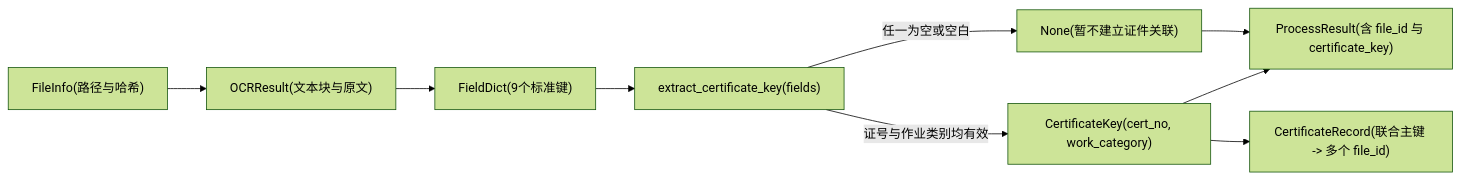
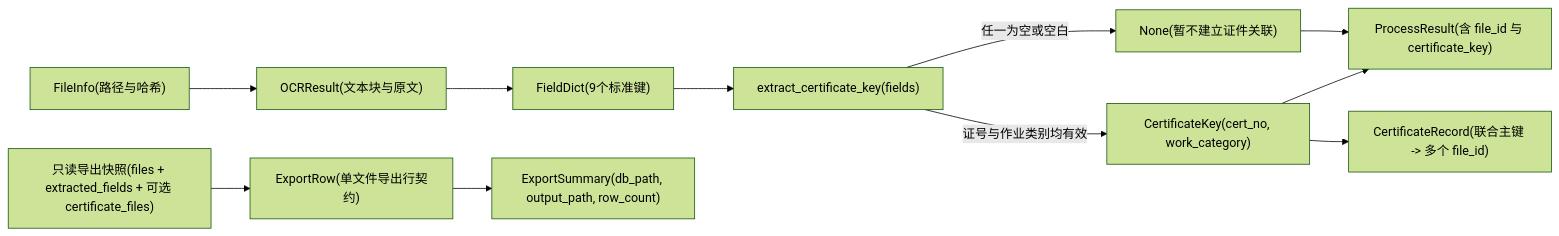
One commit to fukyor/ocr changed the fourth of 14 diagrams in moduleDesign/prd-md-ocr-snug-cherny.md. Above: the diagram before and after it, drawn with Mermaid (forest theme). The commit also changed other lines of this file and 19 other files, not shown here.

````diff
--- a/moduleDesign/prd-md-ocr-snug-cherny.md
+++ b/moduleDesign/prd-md-ocr-snug-cherny.md
@@ -222,11 +260,13 @@
 ```mermaid
 flowchart LR
     FileInfo["FileInfo(路径与哈希)"] --> OCRResult["OCRResult(文本块与原文)"]
     OCRResult --> FieldDict["FieldDict(9个标准键)"]
     FieldDict --> Helper["extract_certificate_key(fields)"]
     Helper -- "证号与作业类别均有效" --> CertKey["CertificateKey(cert_no, work_category)"]
     Helper -- "任一为空或空白" --> NullKey["None(暂不建立证件关联)"]
     CertKey --> ProcessResult["ProcessResult(含 file_id 与 certificate_key)"]
     NullKey --> ProcessResult
     CertKey --> CertRecord["CertificateRecord(联合主键 -> 多个 file_id)"]
+    DBRead["只读导出快照(files + extracted_fields + 可选 certificate_files)"] --> ExportRow["ExportRow(单文件导出行契约)"]
+    ExportRow --> ExportSummary["ExportSummary(db_path, output_path, row_count)"]
 ```
````
